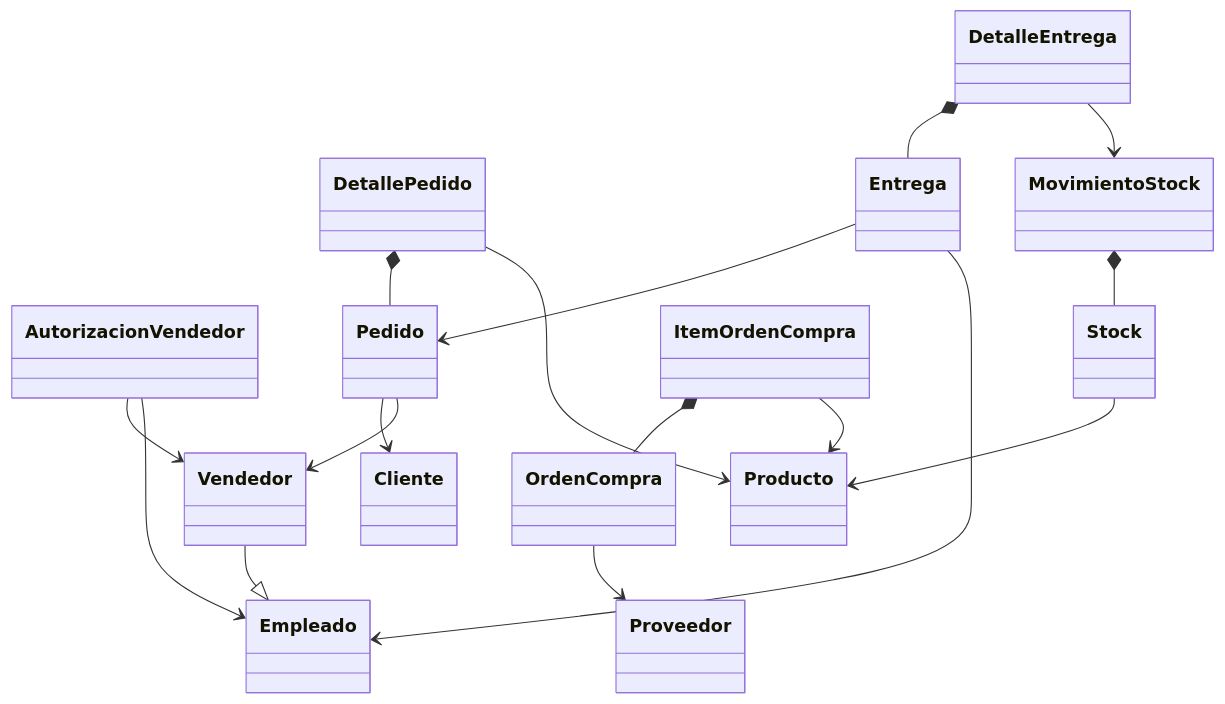
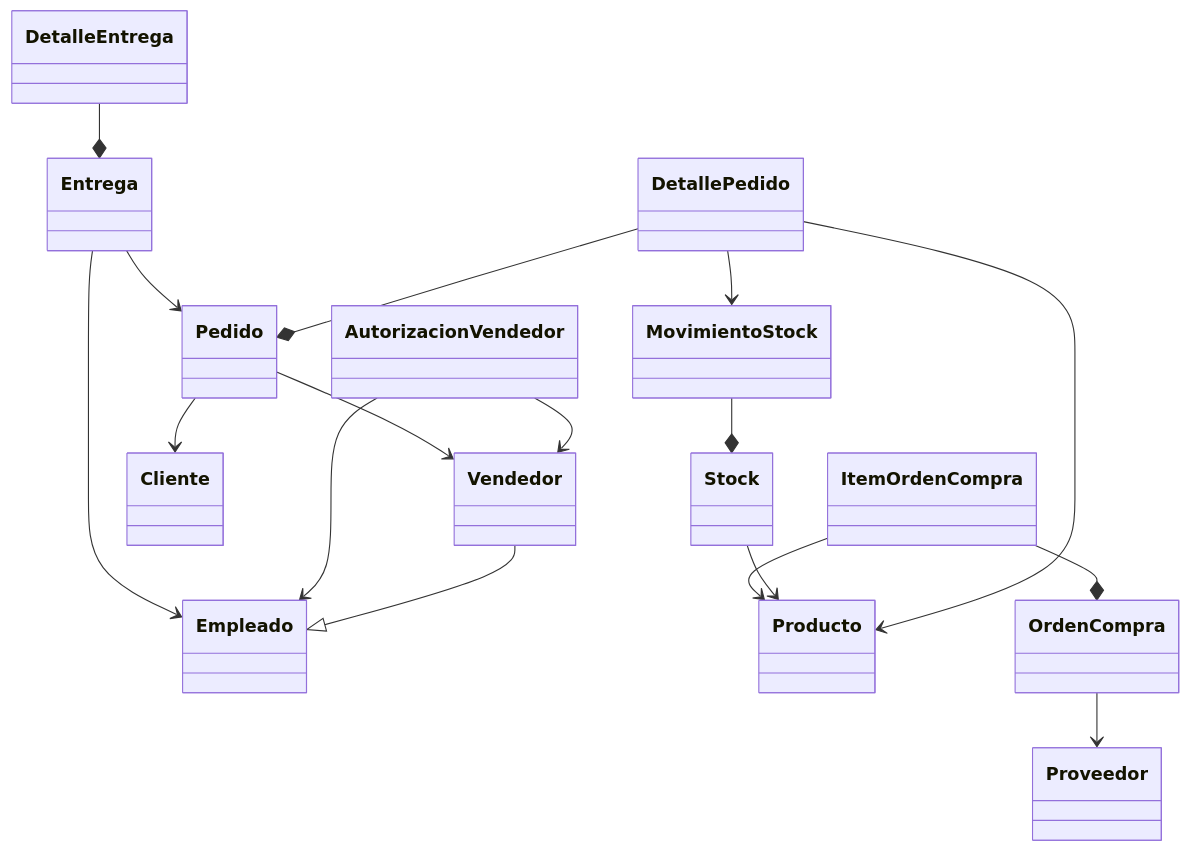
Before and after one commit to felopezm/PoliMarket: the diagram in README.md, drawn with Mermaid.

Commit message:
Se organizan relaciones del diagrama de clases en composicion erradas y movimientos del stock con detalle pedido

````diff
--- a/README.md
+++ b/README.md
@@ -18,34 +18,34 @@
 ```mermaid
 classDiagram
 class Empleado
 class Vendedor
 class AutorizacionVendedor
 class Cliente
 class Producto
 class Pedido
 class DetallePedido
 class Stock
 class MovimientoStock
 class Proveedor
 class OrdenCompra
 class ItemOrdenCompra
 class Entrega
 class DetalleEntrega
 
 Vendedor --|> Empleado
 AutorizacionVendedor --> Vendedor
 AutorizacionVendedor --> Empleado
 Pedido --> Cliente
 Pedido --> Vendedor
-DetallePedido *-- Pedido
+DetallePedido --* Pedido
 DetallePedido --> Producto
 Stock --> Producto
-MovimientoStock *-- Stock
+MovimientoStock --* Stock
 OrdenCompra --> Proveedor
-ItemOrdenCompra *-- OrdenCompra
+ItemOrdenCompra --* OrdenCompra
 ItemOrdenCompra --> Producto
 Entrega --> Pedido
 Entrega --> Empleado
-DetalleEntrega *-- Entrega
-DetalleEntrega --> MovimientoStock
+DetalleEntrega --* Entrega
+DetallePedido --> MovimientoStock
 ```
````
